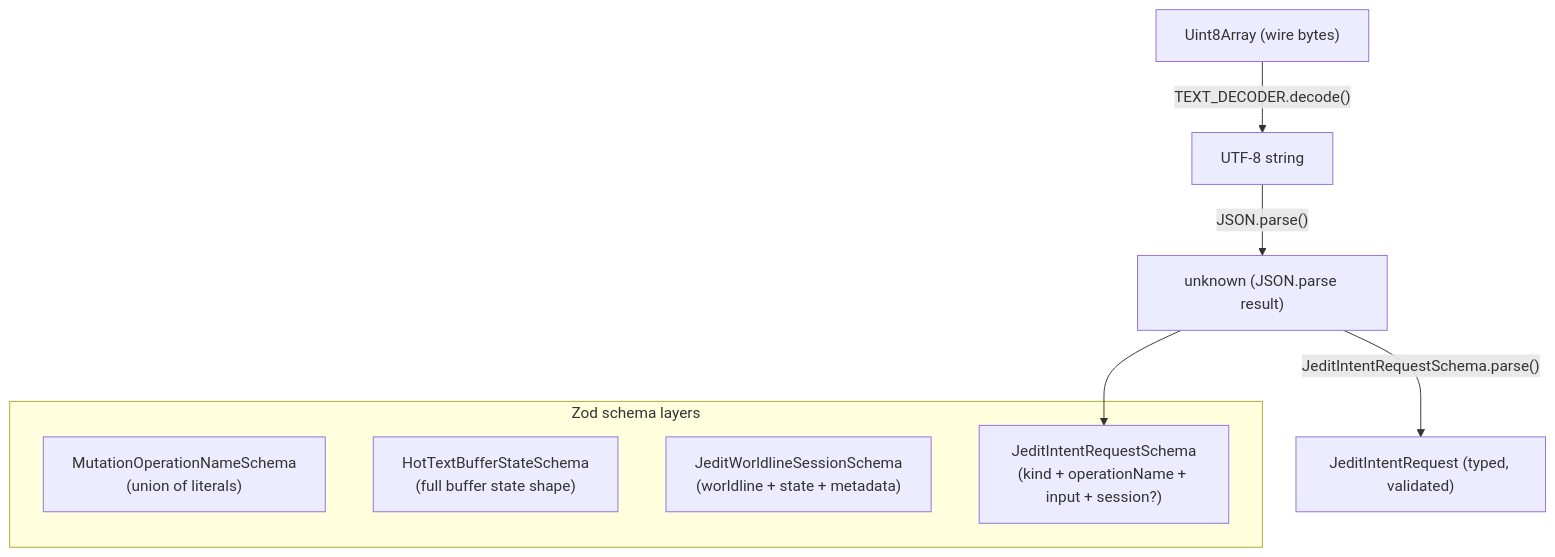
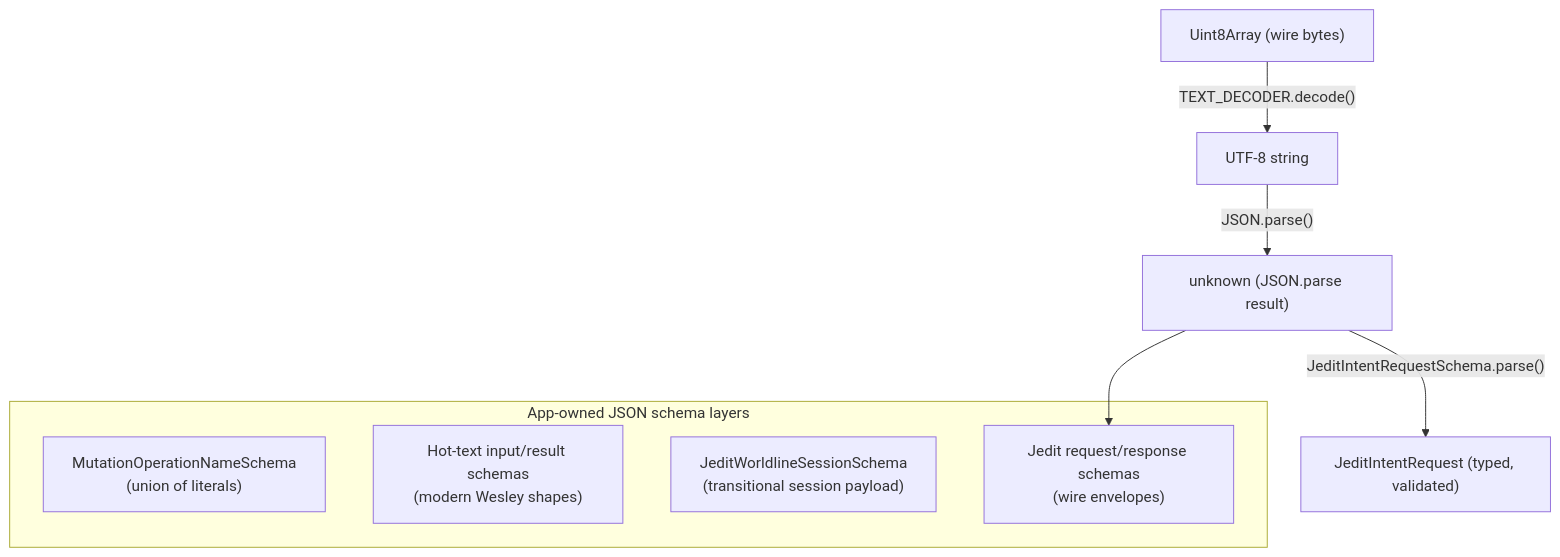
Before and after one commit to flyingrobots/jedit: diagram 17 of 22 in docs/technical-teardown.md, drawn with Mermaid. The commit also changed other lines of this file and 34 other files, not shown here.

````diff
--- a/docs/technical-teardown.md
+++ b/docs/technical-teardown.md
@@ -1399,19 +1409,19 @@
 ```mermaid
 flowchart TD
     BYTES["Uint8Array (wire bytes)"]
     TEXT["UTF-8 string"]
     RAW["unknown (JSON.parse result)"]
     TYPED["JeditIntentRequest (typed, validated)"]
 
     BYTES -->|"TEXT_DECODER.decode()"| TEXT
     TEXT -->|"JSON.parse()"| RAW
     RAW -->|"JeditIntentRequestSchema.parse()"| TYPED
 
-    subgraph "Zod schema layers"
+    subgraph "App-owned JSON schema layers"
         S1["MutationOperationNameSchema<br />(union of literals)"]
-        S2["HotTextBufferStateSchema<br />(full buffer state shape)"]
-        S3["JeditWorldlineSessionSchema<br />(worldline + state + metadata)"]
-        S4["JeditIntentRequestSchema<br />(kind + operationName + input + session?)"]
+        S2["Hot-text input/result schemas<br />(modern Wesley shapes)"]
+        S3["JeditWorldlineSessionSchema<br />(transitional session payload)"]
+        S4["Jedit request/response schemas<br />(wire envelopes)"]
     end
     RAW --> S4
 ```
````
